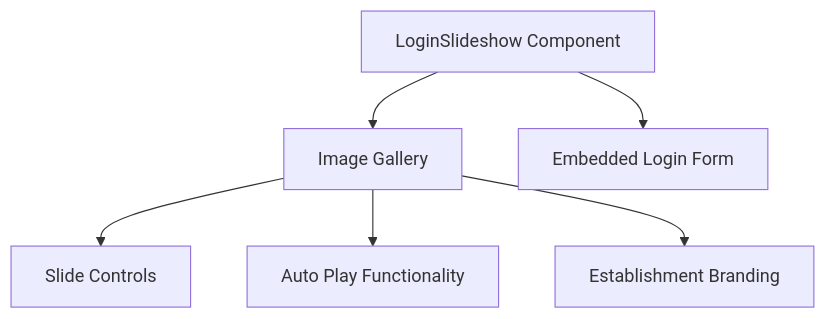
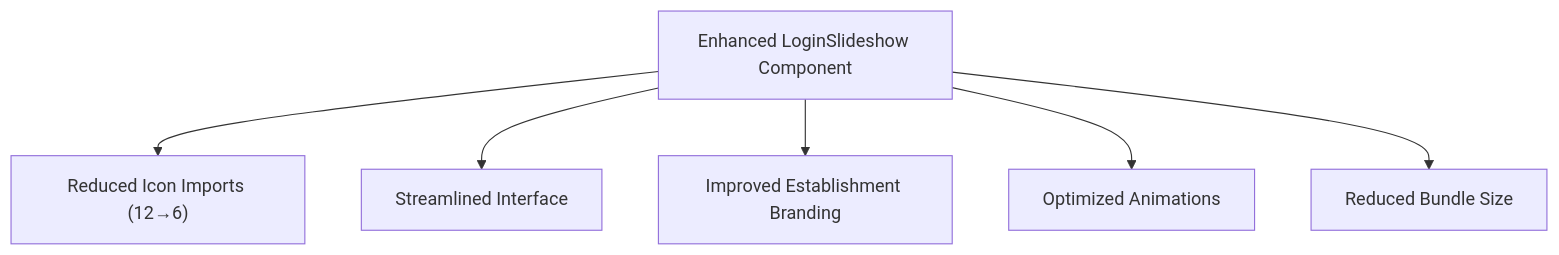
The sixth of 17 diagrams in .qoder/repowiki/en/content/Frontend & PWA Implementation/Frontend & PWA Implementation.md (franckylab/eLISAschool), drawn with Mermaid before and after one commit. The commit also changed other lines of this file and 84 other files, not shown here.

````diff
--- a/.qoder/repowiki/en/content/Frontend & PWA Implementation/Frontend & PWA Implementation.md
+++ b/.qoder/repowiki/en/content/Frontend & PWA Implementation/Frontend & PWA Implementation.md
@@ -308,14 +323,14 @@
 ```mermaid
 graph TB
-LoginSlideshow["LoginSlideshow Component"]
-ImageGallery["Image Gallery"]
-SlideControls["Slide Controls"]
-AutoPlay["Auto Play Functionality"]
-EstablishmentBranding["Establishment Branding"]
-LoginForm["Embedded Login Form"]
-LoginSlideshow --> ImageGallery
-ImageGallery --> SlideControls
-ImageGallery --> AutoPlay
-ImageGallery --> EstablishmentBranding
-LoginSlideshow --> LoginForm
+EnhancedLoginSlideshow["Enhanced LoginSlideshow Component"]
+ReducedIcons["Reduced Icon Imports (12→6)"]
+StreamlinedInterface["Streamlined Interface"]
+EstablishmentBranding["Improved Establishment Branding"]
+OptimizedAnimations["Optimized Animations"]
+ReducedBundleSize["Reduced Bundle Size"]
+EnhancedLoginSlideshow --> ReducedIcons
+EnhancedLoginSlideshow --> StreamlinedInterface
+EnhancedLoginSlideshow --> EstablishmentBranding
+EnhancedLoginSlideshow --> OptimizedAnimations
+EnhancedLoginSlideshow --> ReducedBundleSize
 ```
````
